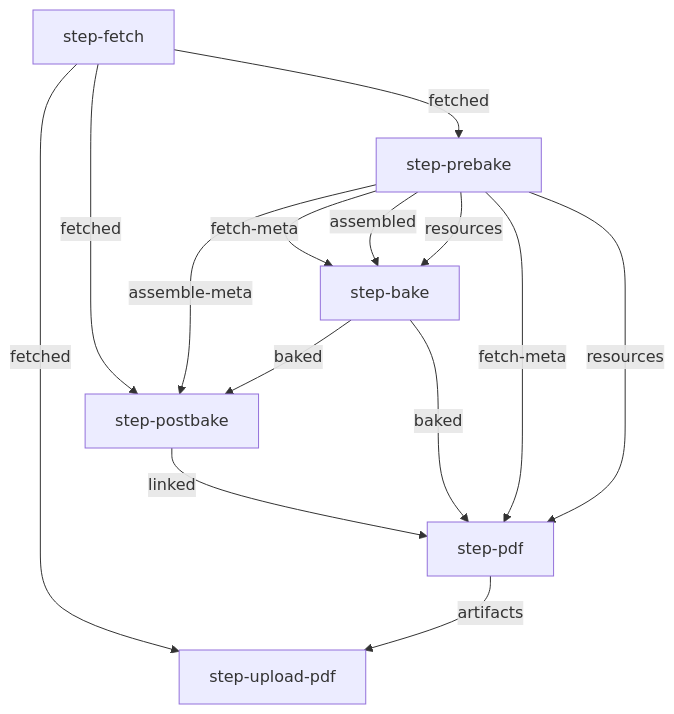
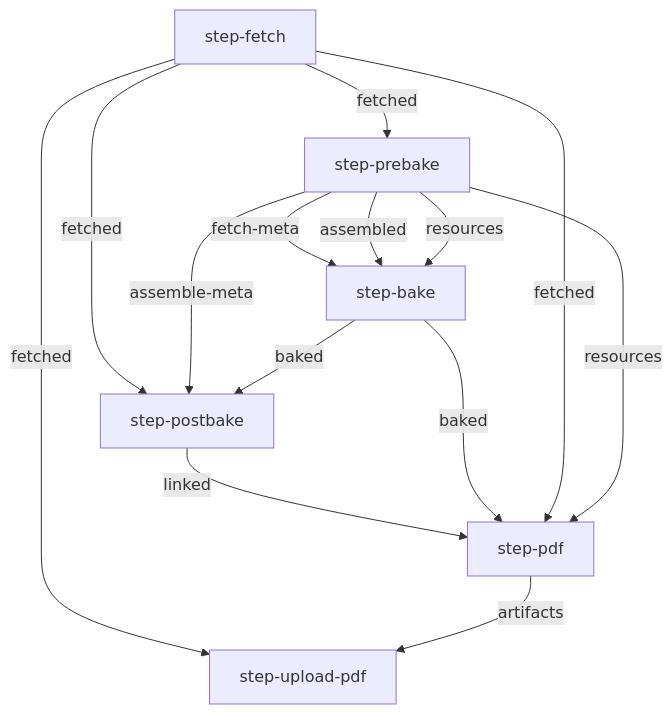
One commit to openstax/enki changed the diagram in README.md. Above: the diagram before and after it, drawn with Mermaid.

Commit message:
Update graph in README

````diff
--- a/README.md
+++ b/README.md
@@ -129,16 +129,16 @@
 ```mermaid
 graph TB
     step-fetch -- fetched --> step-prebake
     step-prebake -- fetch-meta --> step-bake
     step-prebake -- assembled --> step-bake
     step-prebake -- resources --> step-bake
     step-fetch -- fetched --> step-postbake
     step-prebake -- assemble-meta --> step-postbake
     step-bake -- baked --> step-postbake
     step-postbake -- linked --> step-pdf
     step-bake -- baked --> step-pdf
-    step-prebake -- fetch-meta --> step-pdf
+    step-fetch -- fetched --> step-pdf
     step-prebake -- resources --> step-pdf
     step-fetch -- fetched --> step-upload-pdf
     step-pdf -- artifacts --> step-upload-pdf
 ```
````
